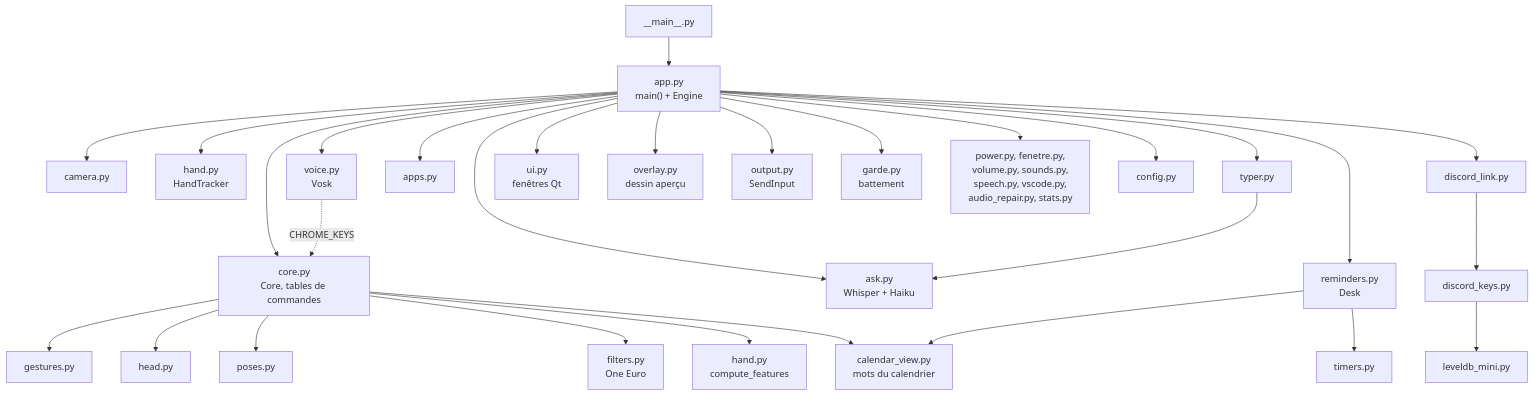
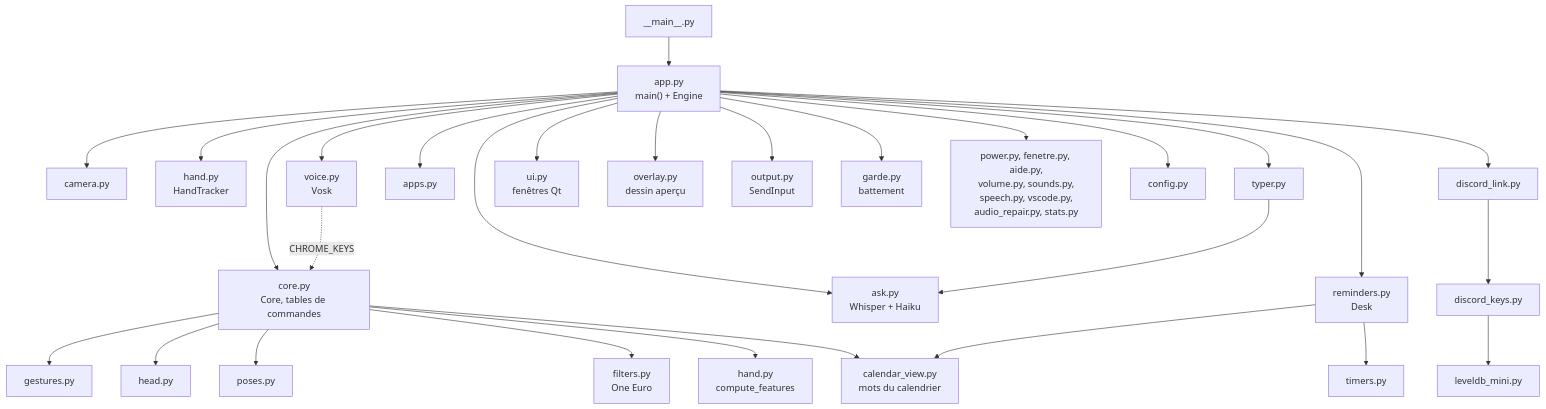
One commit to IIsalSaili/MotionZero changed the first of 4 diagrams in docs/guide/04-architecture.md. Above: the diagram before and after it, drawn with Mermaid. The commit also changed 11 other files, not shown here.

````diff
--- a/docs/guide/04-architecture.md
+++ b/docs/guide/04-architecture.md
@@ -10,31 +10,31 @@
 ```mermaid
 graph TD
     MAIN["__main__.py"] --> APP["app.py<br/>main() + Engine"]
     APP --> CORE["core.py<br/>Core, tables de commandes"]
     APP --> CAM["camera.py"]
     APP --> HANDT["hand.py<br/>HandTracker"]
     APP --> VOICE["voice.py<br/>Vosk"]
     APP --> ASK["ask.py<br/>Whisper + Haiku"]
     APP --> TYPER["typer.py"]
     APP --> APPS["apps.py"]
     APP --> REM["reminders.py<br/>Desk"]
     APP --> DL["discord_link.py"]
     APP --> UI["ui.py<br/>fenêtres Qt"]
     APP --> OVL["overlay.py<br/>dessin aperçu"]
     APP --> OUT["output.py<br/>SendInput"]
     APP --> GARDE["garde.py<br/>battement"]
-    APP --> SMALL["power.py, fenetre.py,<br/>volume.py, sounds.py,<br/>speech.py, vscode.py,<br/>audio_repair.py, stats.py"]
+    APP --> SMALL["power.py, fenetre.py, aide.py,<br/>volume.py, sounds.py,<br/>speech.py, vscode.py,<br/>audio_repair.py, stats.py"]
     CORE --> GEST["gestures.py"]
     CORE --> HEAD["head.py"]
     CORE --> POSES["poses.py"]
     CORE --> FILT["filters.py<br/>One Euro"]
     CORE --> HANDF["hand.py<br/>compute_features"]
     CORE --> CALV["calendar_view.py<br/>mots du calendrier"]
     VOICE -. "CHROME_KEYS" .-> CORE
     REM --> TIM["timers.py"]
     REM --> CALV
     DL --> DK["discord_keys.py"]
     DK --> LDB["leveldb_mini.py"]
     TYPER --> ASK
     APP --> CFG["config.py"]
 ```
````
